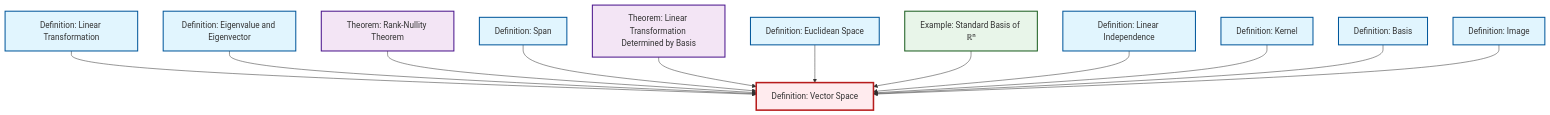
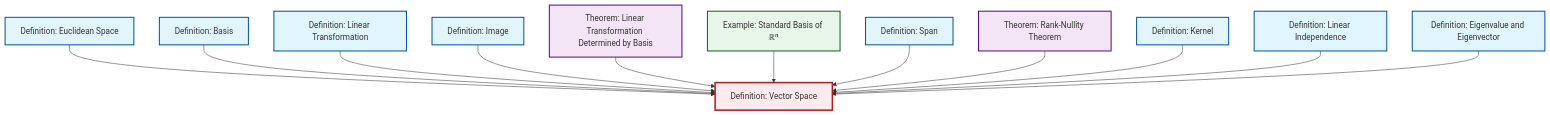
One commit to RK0429/ModernMath changed the diagram in content/en/algebra/def-vector-space.qmd. Above: the diagram before and after it, drawn with Mermaid. The commit also changed other lines of this file and 434 other files, not shown here.

````diff
--- a/content/en/algebra/def-vector-space.qmd
+++ b/content/en/algebra/def-vector-space.qmd
@@ -48,44 +48,44 @@
 ```{mermaid}
 %%| fig-cap: "Local dependency graph"
 graph TD
     classDef definition fill:#e1f5fe,stroke:#01579b,stroke-width:2px
     classDef theorem fill:#f3e5f5,stroke:#4a148c,stroke-width:2px
     classDef axiom fill:#fff3e0,stroke:#e65100,stroke-width:2px
     classDef example fill:#e8f5e9,stroke:#1b5e20,stroke-width:2px
     classDef current fill:#ffebee,stroke:#b71c1c,stroke-width:3px
+    thm-linear-transformation-basis["Theorem: Linear Transformation Determined by Basis"]:::theorem
+    def-linear-transformation["Definition: Linear Transformation"]:::definition
+    def-linear-independence["Definition: Linear Independence"]:::definition
+    def-basis["Definition: Basis"]:::definition
+    def-euclidean-space["Definition: Euclidean Space"]:::definition
     def-kernel["Definition: Kernel"]:::definition
-    def-linear-independence["Definition: Linear Independence"]:::definition
+    ex-standard-basis-rn["Example: Standard Basis of ℝⁿ"]:::example
+    def-span["Definition: Span"]:::definition
+    def-image["Definition: Image"]:::definition
+    def-eigenvalue-eigenvector["Definition: Eigenvalue and Eigenvector"]:::definition
+    thm-rank-nullity["Theorem: Rank-Nullity Theorem"]:::theorem
     def-vector-space["Definition: Vector Space"]:::definition
-    def-euclidean-space["Definition: Euclidean Space"]:::definition
-    thm-rank-nullity["Theorem: Rank-Nullity Theorem"]:::theorem
-    def-span["Definition: Span"]:::definition
-    ex-standard-basis-rn["Example: Standard Basis of ℝⁿ"]:::example
-    def-basis["Definition: Basis"]:::definition
-    def-image["Definition: Image"]:::definition
-    def-linear-transformation["Definition: Linear Transformation"]:::definition
-    def-eigenvalue-eigenvector["Definition: Eigenvalue and Eigenvector"]:::definition
-    thm-linear-transformation-basis["Theorem: Linear Transformation Determined by Basis"]:::theorem
+    def-euclidean-space --> def-vector-space
+    def-basis --> def-vector-space
     def-linear-transformation --> def-vector-space
+    def-image --> def-vector-space
+    thm-linear-transformation-basis --> def-vector-space
+    ex-standard-basis-rn --> def-vector-space
+    def-span --> def-vector-space
+    thm-rank-nullity --> def-vector-space
+    def-kernel --> def-vector-space
+    def-linear-independence --> def-vector-space
     def-eigenvalue-eigenvector --> def-vector-space
-    thm-rank-nullity --> def-vector-space
-    def-span --> def-vector-space
-    thm-linear-transformation-basis --> def-vector-space
-    def-euclidean-space --> def-vector-space
-    ex-standard-basis-rn --> def-vector-space
-    def-linear-independence --> def-vector-space
-    def-kernel --> def-vector-space
-    def-basis --> def-vector-space
-    def-image --> def-vector-space
     class def-vector-space current
+    click thm-linear-transformation-basis "thm-linear-transformation-basis.html" "Go to Linear Transformation Determined by Basis theorem"
+    click def-linear-transformation "def-linear-transformation.html" "Go to Linear Transformation definition"
+    click def-linear-independence "def-linear-independence.html" "Go to Linear Independence definition"
+    click def-basis "def-basis.html" "Go to Basis definition"
+    click def-euclidean-space "def-euclidean-space.html" "Go to Euclidean Space definition"
     click def-kernel "def-kernel.html" "Go to Kernel definition"
-    click def-linear-independence "def-linear-independence.html" "Go to Linear Independence definition"
-    click def-euclidean-space "def-euclidean-space.html" "Go to Euclidean Space definition"
+    click ex-standard-basis-rn "ex-standard-basis-rn.html" "Go to Standard Basis of ℝⁿ example"
+    click def-span "def-span.html" "Go to Span definition"
+    click def-image "def-image.html" "Go to Image definition"
+    click def-eigenvalue-eigenvector "def-eigenvalue-eigenvector.html" "Go to Eigenvalue and Eigenvector definition"
     click thm-rank-nullity "thm-rank-nullity.html" "Go to Rank-Nullity Theorem theorem"
-    click def-span "def-span.html" "Go to Span definition"
-    click ex-standard-basis-rn "ex-standard-basis-rn.html" "Go to Standard Basis of ℝⁿ example"
-    click def-basis "def-basis.html" "Go to Basis definition"
-    click def-image "def-image.html" "Go to Image definition"
-    click def-linear-transformation "def-linear-transformation.html" "Go to Linear Transformation definition"
-    click def-eigenvalue-eigenvector "def-eigenvalue-eigenvector.html" "Go to Eigenvalue and Eigenvector definition"
-    click thm-linear-transformation-basis "thm-linear-transformation-basis.html" "Go to Linear Transformation Determined by Basis theorem"
 ```
````
